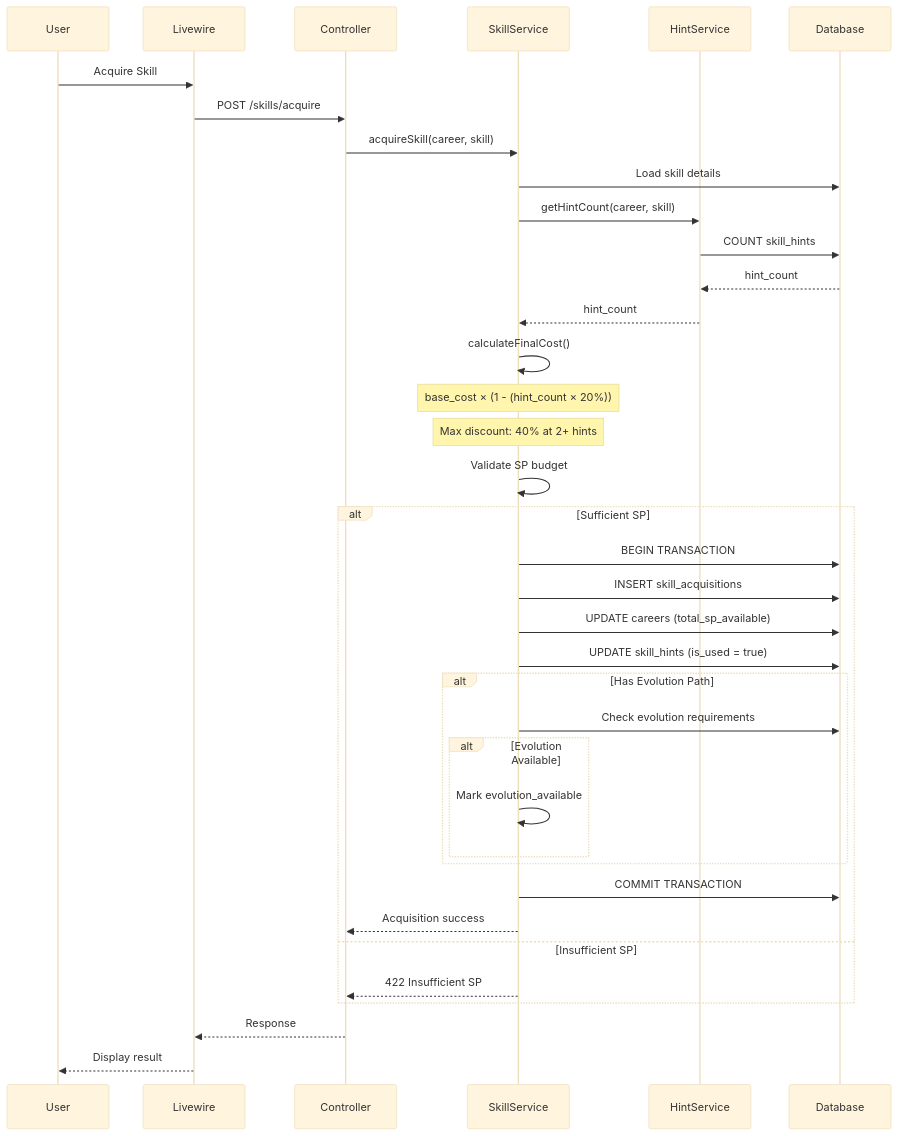
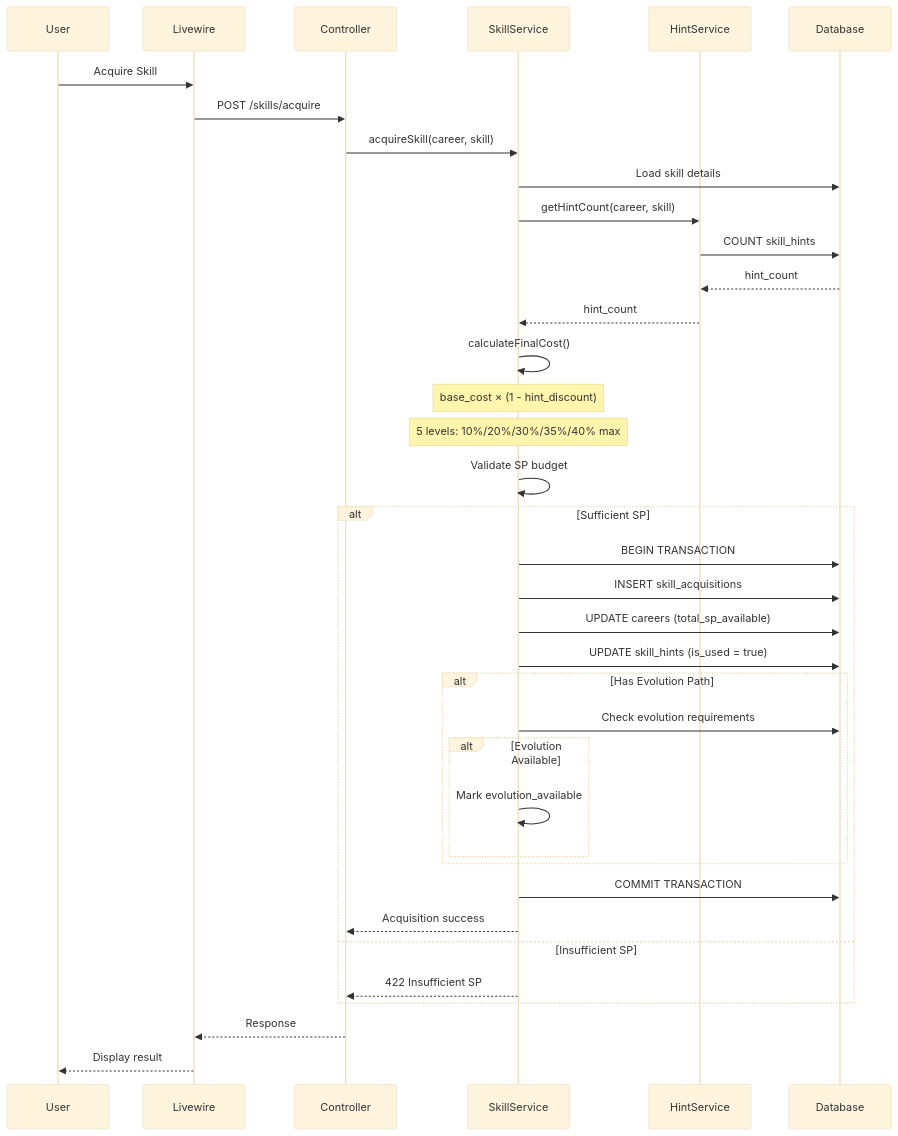
Before and after one commit to exatfrds67/umamusume-career-planner: the sixth of 17 diagrams in docs/01-sequences/000_SEQUENCE_DIAGRAMS_INDEX.md, drawn with Mermaid (base theme). The commit also changed other lines of this file and 313 other files, not shown here.

````diff
--- a/docs/01-sequences/000_SEQUENCE_DIAGRAMS_INDEX.md
+++ b/docs/01-sequences/000_SEQUENCE_DIAGRAMS_INDEX.md
@@ -302,47 +302,47 @@
 ```mermaid
 sequenceDiagram
     participant User
     participant Livewire
     participant Controller
     participant SkillService
     participant HintService
     participant Database
 
     User->>Livewire: Acquire Skill
     Livewire->>Controller: POST /skills/acquire
     Controller->>SkillService: acquireSkill(career, skill)
     
     SkillService->>Database: Load skill details
     SkillService->>HintService: getHintCount(career, skill)
     HintService->>Database: COUNT skill_hints
     Database-->>HintService: hint_count
     HintService-->>SkillService: hint_count
     
     SkillService->>SkillService: calculateFinalCost()
-    Note over SkillService: base_cost × (1 - (hint_count × 20%))
-    Note over SkillService: Max discount: 40% at 2+ hints
+    Note over SkillService: base_cost × (1 - hint_discount)
+    Note over SkillService: 5 levels: 10%/20%/30%/35%/40% max
     
     SkillService->>SkillService: Validate SP budget
     
     alt Sufficient SP
         SkillService->>Database: BEGIN TRANSACTION
         SkillService->>Database: INSERT skill_acquisitions
         SkillService->>Database: UPDATE careers (total_sp_available)
         SkillService->>Database: UPDATE skill_hints (is_used = true)
         
         alt Has Evolution Path
             SkillService->>Database: Check evolution requirements
             alt Evolution Available
                 SkillService->>SkillService: Mark evolution_available
             end
         end
         
         SkillService->>Database: COMMIT TRANSACTION
         SkillService-->>Controller: Acquisition success
     else Insufficient SP
         SkillService-->>Controller: 422 Insufficient SP
     end
     
     Controller-->>Livewire: Response
     Livewire-->>User: Display result
 ```
````
